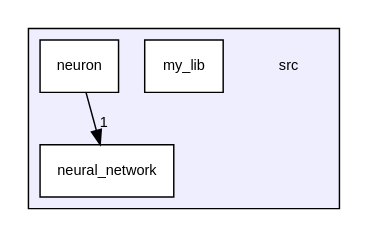
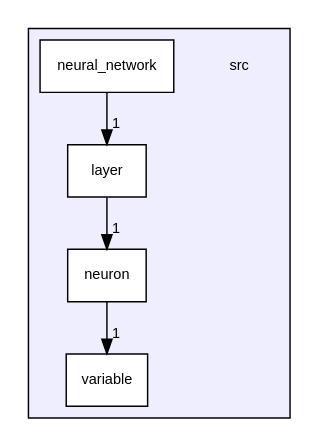
One commit to MaoSong2022/TinyNeuralNetwork changed the diagram in dir_68267d1309a1af8e8297ef4c3efbcdba_dep.dot. Above: the diagram before and after it, drawn with Graphviz. The commit also changed 90 other files, not shown here.

```diff
--- a/dir_68267d1309a1af8e8297ef4c3efbcdba_dep.dot
+++ b/dir_68267d1309a1af8e8297ef4c3efbcdba_dep.dot
@@ -1,13 +1,16 @@
 digraph "/home/runner/work/TinyNeuralNetwork/TinyNeuralNetwork/src" {
   compound=true
   node [ fontsize="10", fontname="Helvetica"];
   edge [ labelfontsize="10", labelfontname="Helvetica"];
   subgraph clusterdir_68267d1309a1af8e8297ef4c3efbcdba {
     graph [ bgcolor="#eeeeff", pencolor="black", label="" URL="dir_68267d1309a1af8e8297ef4c3efbcdba.html"];
     dir_68267d1309a1af8e8297ef4c3efbcdba [shape=plaintext label="src"];
-  dir_08ebf401352d0c333d3a643fc2ed36cf [shape=box label="my_lib" fillcolor="white" style="filled" URL="dir_08ebf401352d0c333d3a643fc2ed36cf.html"];
+  dir_8b1b1d3ff28e273b117e2ca277e8d05f [shape=box label="layer" fillcolor="white" style="filled" URL="dir_8b1b1d3ff28e273b117e2ca277e8d05f.html"];
   dir_a4c1bc47733d52c12dcbe7406a6f5ba1 [shape=box label="neural_network" fillcolor="white" style="filled" URL="dir_a4c1bc47733d52c12dcbe7406a6f5ba1.html"];
   dir_0c9ea08de28bb1cd5197f7d034c44c7e [shape=box label="neuron" fillcolor="white" style="filled" URL="dir_0c9ea08de28bb1cd5197f7d034c44c7e.html"];
+  dir_dd920bd76ff7422f03265981cd757b41 [shape=box label="variable" fillcolor="white" style="filled" URL="dir_dd920bd76ff7422f03265981cd757b41.html"];
   }
-  dir_0c9ea08de28bb1cd5197f7d034c44c7e->dir_a4c1bc47733d52c12dcbe7406a6f5ba1 [headlabel="1", labeldistance=1.5 headhref="dir_000003_000002.html"];
+  dir_a4c1bc47733d52c12dcbe7406a6f5ba1->dir_8b1b1d3ff28e273b117e2ca277e8d05f [headlabel="1", labeldistance=1.5 headhref="dir_000002_000001.html"];
+  dir_8b1b1d3ff28e273b117e2ca277e8d05f->dir_0c9ea08de28bb1cd5197f7d034c44c7e [headlabel="1", labeldistance=1.5 headhref="dir_000001_000003.html"];
+  dir_0c9ea08de28bb1cd5197f7d034c44c7e->dir_dd920bd76ff7422f03265981cd757b41 [headlabel="1", labeldistance=1.5 headhref="dir_000003_000004.html"];
 }
```
